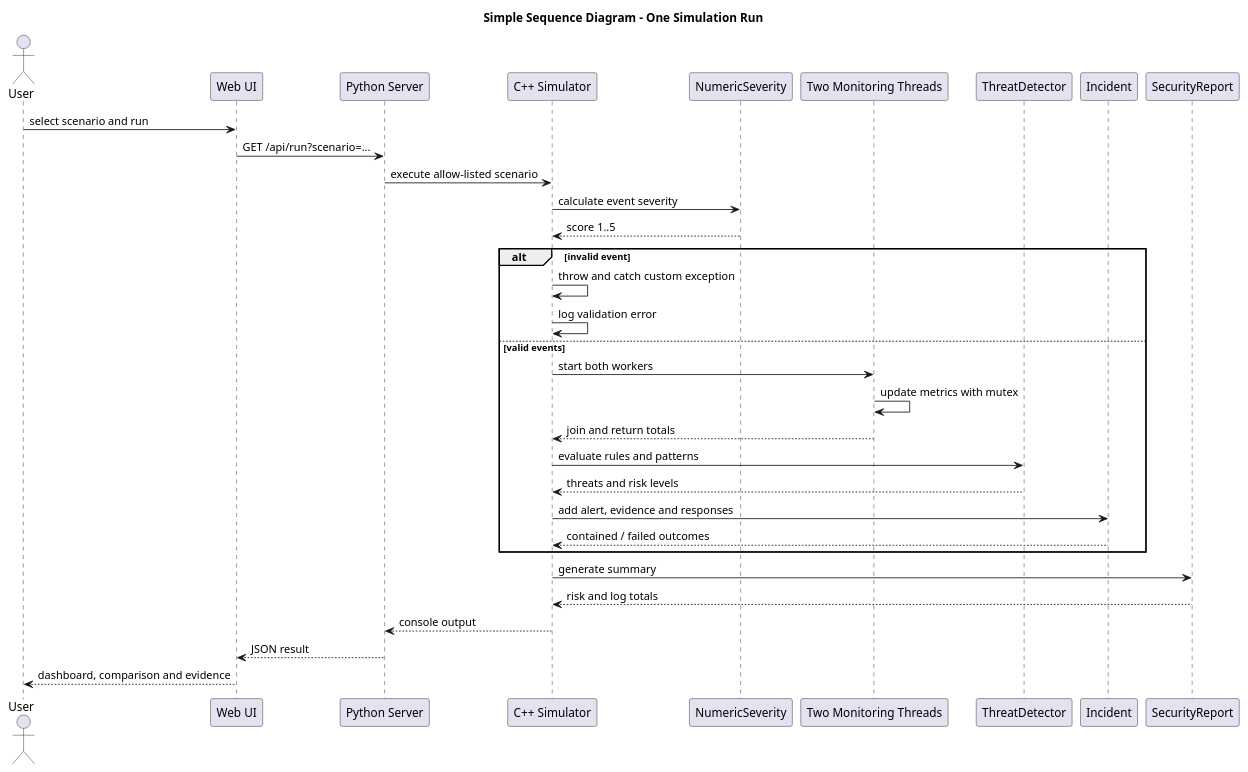
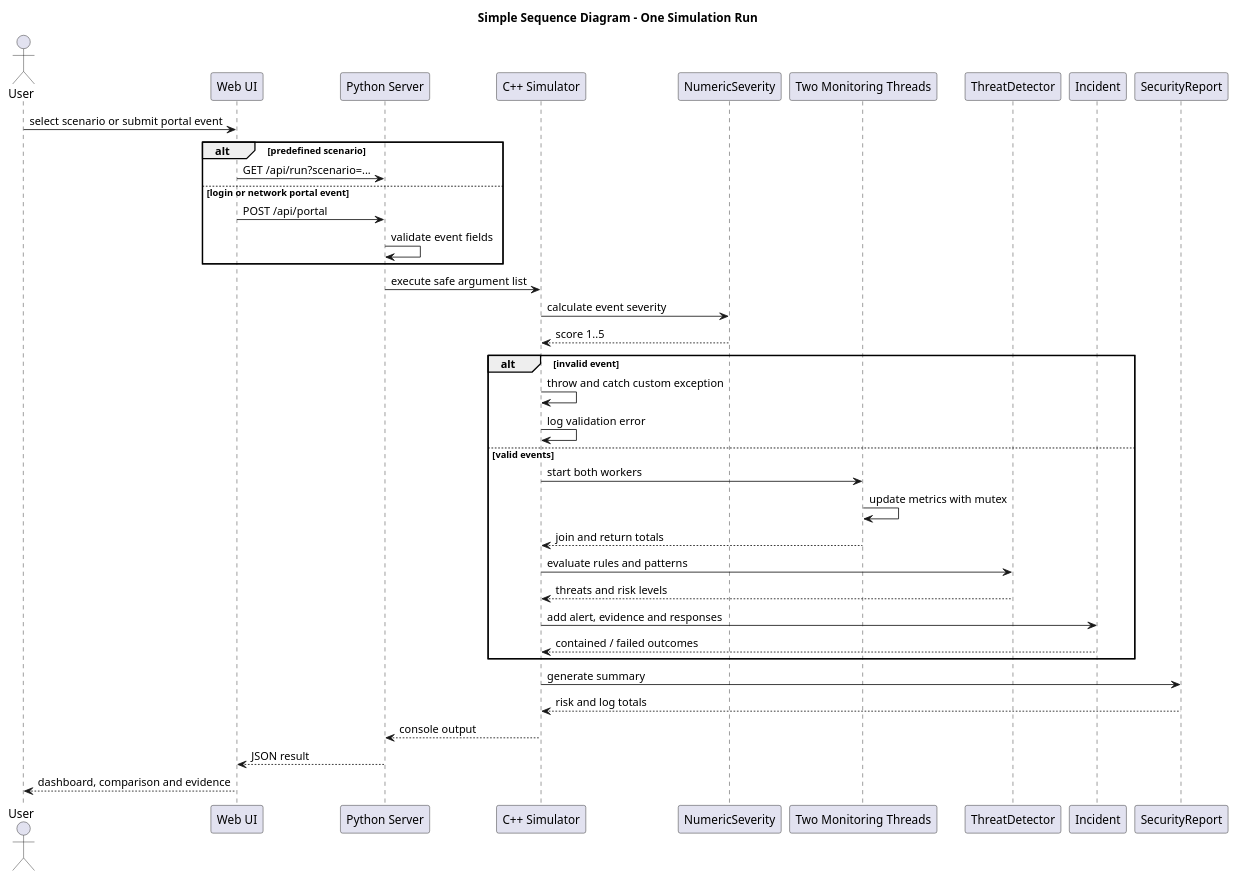
The diagram in sequence-diagram.puml (jaitak2121-spec/CybersecurityThreatdetector), drawn with PlantUML before and after one commit. The commit also changed 8 other files, not shown here.

Commit message:
Add interactive event simulation portal

```diff
--- a/sequence-diagram.puml
+++ b/sequence-diagram.puml
@@ -1,39 +1,44 @@
 @startuml sequence-diagram
 title Simple Sequence Diagram - One Simulation Run
 
 actor User
 participant "Web UI" as UI
 participant "Python Server" as Server
 participant "C++ Simulator" as Simulator
 participant NumericSeverity as Scoring
 participant "Two Monitoring Threads" as Threads
 participant ThreatDetector as Detector
 participant Incident
 participant SecurityReport as Report
 
-User -> UI : select scenario and run
-UI -> Server : GET /api/run?scenario=...
-Server -> Simulator : execute allow-listed scenario
+User -> UI : select scenario or submit portal event
+alt predefined scenario
+  UI -> Server : GET /api/run?scenario=...
+else login or network portal event
+  UI -> Server : POST /api/portal
+  Server -> Server : validate event fields
+end
+Server -> Simulator : execute safe argument list
 
 Simulator -> Scoring : calculate event severity
 Scoring --> Simulator : score 1..5
 
 alt invalid event
   Simulator -> Simulator : throw and catch custom exception
   Simulator -> Simulator : log validation error
 else valid events
   Simulator -> Threads : start both workers
   Threads -> Threads : update metrics with mutex
   Threads --> Simulator : join and return totals
   Simulator -> Detector : evaluate rules and patterns
   Detector --> Simulator : threats and risk levels
   Simulator -> Incident : add alert, evidence and responses
   Incident --> Simulator : contained / failed outcomes
 end
 
 Simulator -> Report : generate summary
 Report --> Simulator : risk and log totals
 Simulator --> Server : console output
 Server --> UI : JSON result
 UI --> User : dashboard, comparison and evidence
 @enduml
```
